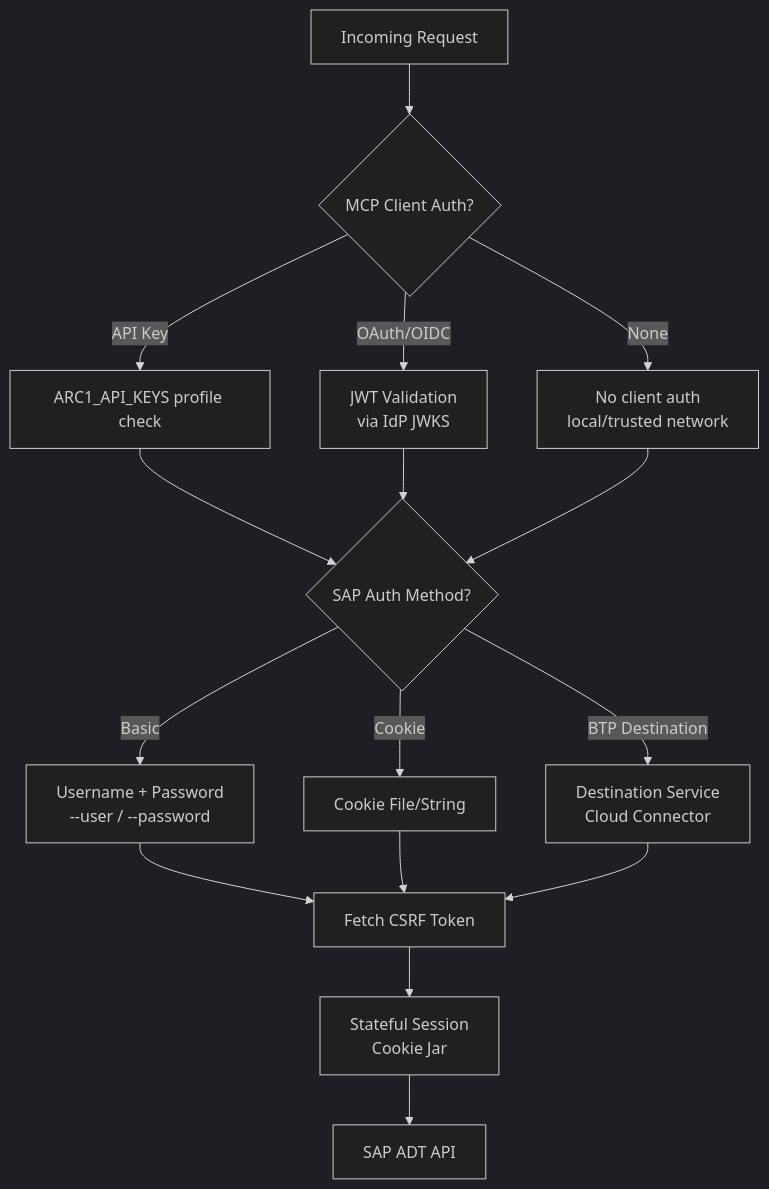
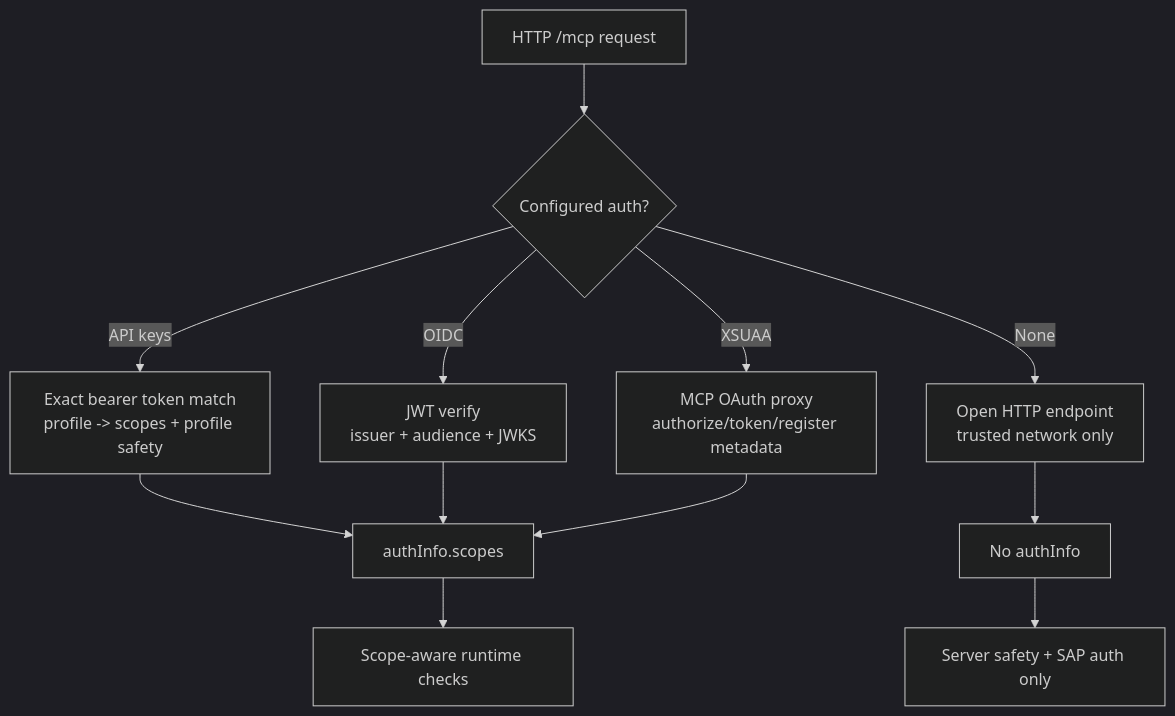
The fourth of 8 diagrams in docs_page/architecture.md (marianfoo/arc-1), drawn with Mermaid (dark theme) before and after one commit. The commit also changed other lines of this file, not shown here.

Commit message:
chore: refresh architecture guide

````diff
--- a/docs_page/architecture.md
+++ b/docs_page/architecture.md
@@ -211,25 +228,16 @@
 ```mermaid
 flowchart TD
-    Request[Incoming Request] --> MCPAuth{MCP Client Auth?}
+    Request[HTTP /mcp request] --> AuthMode{Configured auth?}
+    AuthMode -->|API keys| ApiKey[Exact bearer token match<br/>profile -> scopes + profile safety]
+    AuthMode -->|OIDC| OIDC[JWT verify<br/>issuer + audience + JWKS]
+    AuthMode -->|XSUAA| XSUAA[MCP OAuth proxy<br/>authorize/token/register metadata]
+    AuthMode -->|None| Open[Open HTTP endpoint<br/>trusted network only]
 
-    MCPAuth -->|API Key| APIKey[ARC1_API_KEYS profile check]
-    MCPAuth -->|OAuth/OIDC| OIDC[JWT Validation<br/>via IdP JWKS]
-    MCPAuth -->|None| NoAuth[No client auth<br/>local/trusted network]
+    ApiKey --> AuthInfo[authInfo.scopes]
+    OIDC --> AuthInfo
+    XSUAA --> AuthInfo
+    Open --> NoAuth[No authInfo]
 
-    APIKey --> SAPAuth
-    OIDC --> SAPAuth
-    NoAuth --> SAPAuth
-
-    SAPAuth{SAP Auth Method?}
-
-    SAPAuth -->|Basic| Basic[Username + Password<br/>--user / --password]
-    SAPAuth -->|Cookie| Cookie[Cookie File/String]
-    SAPAuth -->|BTP Destination| BTP[Destination Service<br/>Cloud Connector]
-
-    Basic --> CSRF[Fetch CSRF Token]
-    Cookie --> CSRF
-    BTP --> CSRF
-
-    CSRF --> Session[Stateful Session<br/>Cookie Jar]
-    Session --> SAP[SAP ADT API]
+    AuthInfo --> ScopeCheck[Scope-aware runtime checks]
+    NoAuth --> SafetyOnly[Server safety + SAP auth only]
 ```
````
